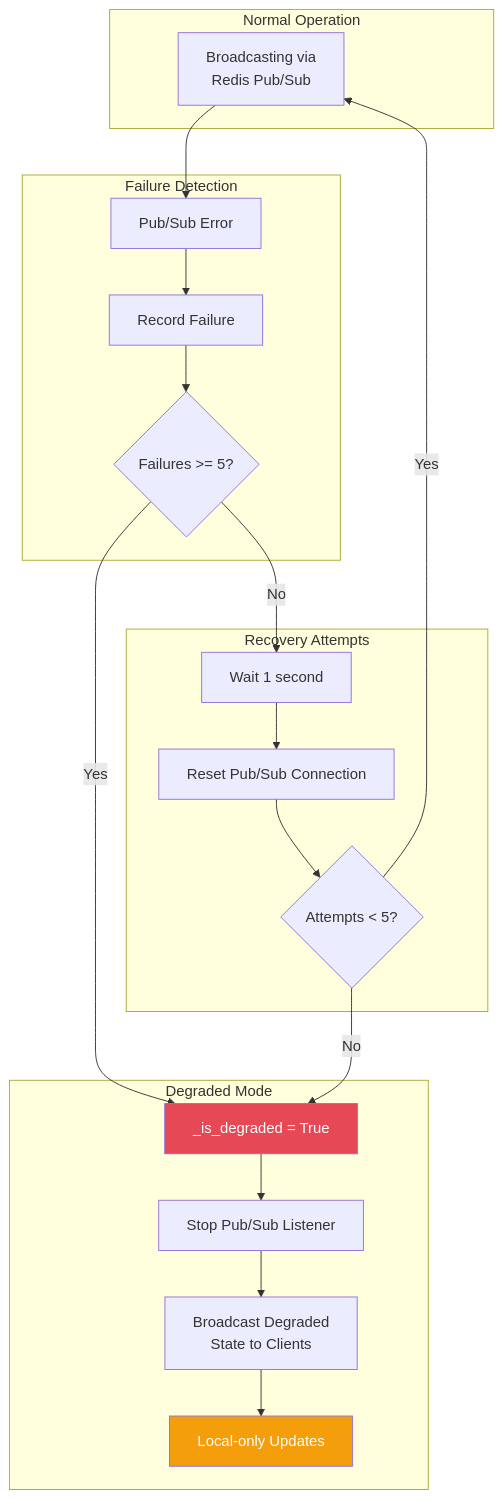
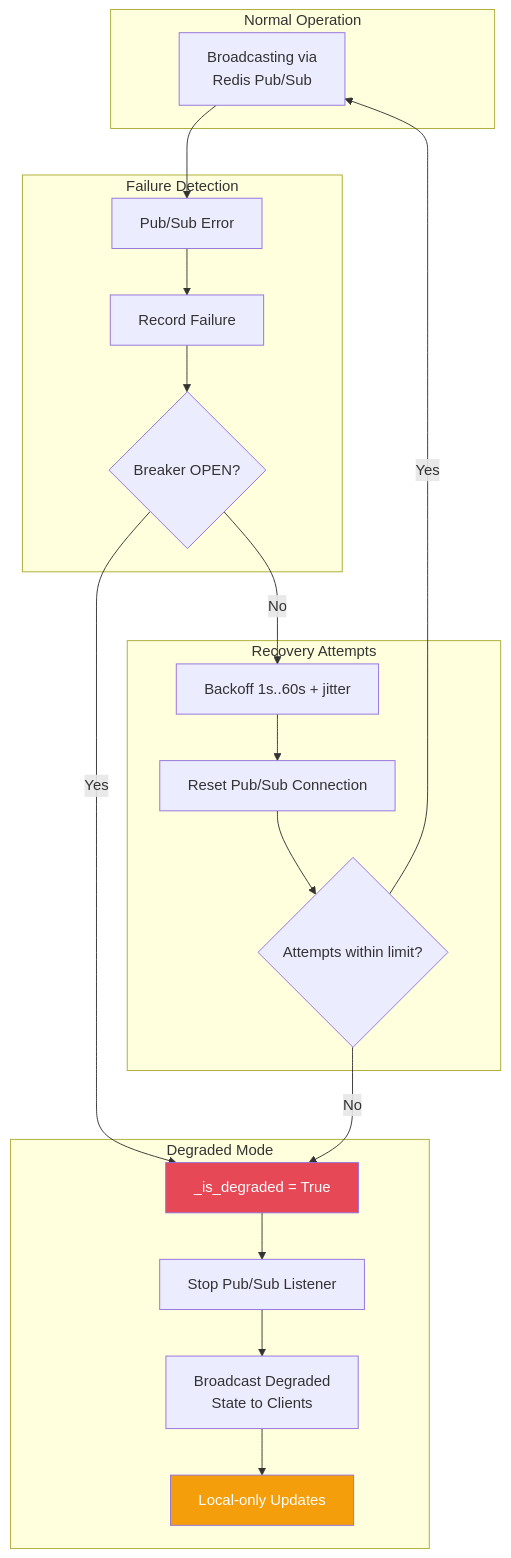
The eighth of 11 diagrams in docs/architecture/real-time.md (mikesvoboda/nemotron-v3-home-security-intelligence), drawn with Mermaid before and after one commit. The commit also changed other lines of this file and 231 other files, not shown here.

````diff
--- a/docs/architecture/real-time.md
+++ b/docs/architecture/real-time.md
@@ -621,41 +580,41 @@
 ```mermaid
 flowchart TB
     subgraph Normal["Normal Operation"]
         BROADCAST[Broadcasting via<br/>Redis Pub/Sub]
     end
 
     subgraph Failure["Failure Detection"]
         F1[Pub/Sub Error]
         F2[Record Failure]
-        F3{Failures >= 5?}
+        F3{Breaker OPEN?}
     end
 
     subgraph Recovery["Recovery Attempts"]
-        R1[Wait 1 second]
+        R1[Backoff 1s..60s + jitter]
         R2[Reset Pub/Sub Connection]
-        R3{Attempts < 5?}
+        R3{Attempts within limit?}
     end
 
     subgraph Degraded["Degraded Mode"]
         D1[_is_degraded = True]
         D2[Stop Pub/Sub Listener]
         D3[Broadcast Degraded<br/>State to Clients]
         D4[Local-only Updates]
     end
 
     BROADCAST --> F1
     F1 --> F2
     F2 --> F3
     F3 -->|No| R1
     F3 -->|Yes| D1
     R1 --> R2
     R2 --> R3
     R3 -->|Yes| BROADCAST
     R3 -->|No| D1
     D1 --> D2
     D2 --> D3
     D3 --> D4
 
     style D1 fill:#E74856,color:#fff
     style D4 fill:#F59E0B,color:#fff
 ```
````
